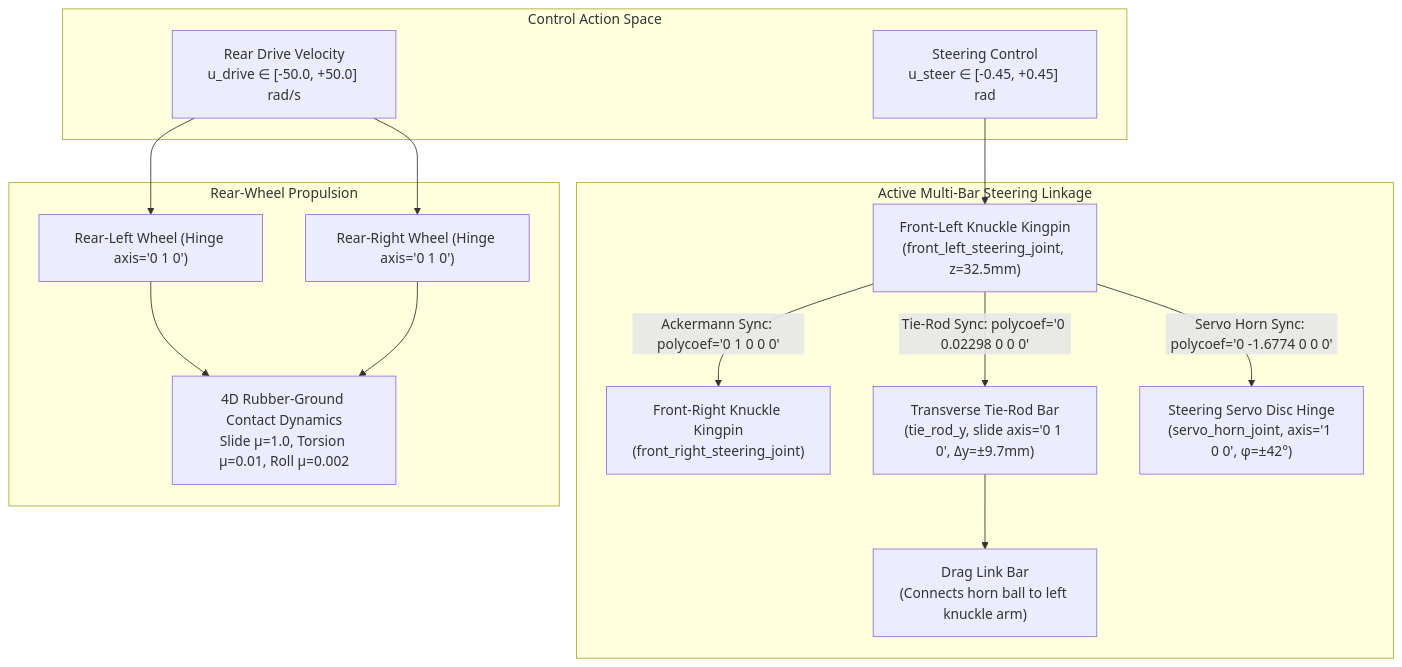
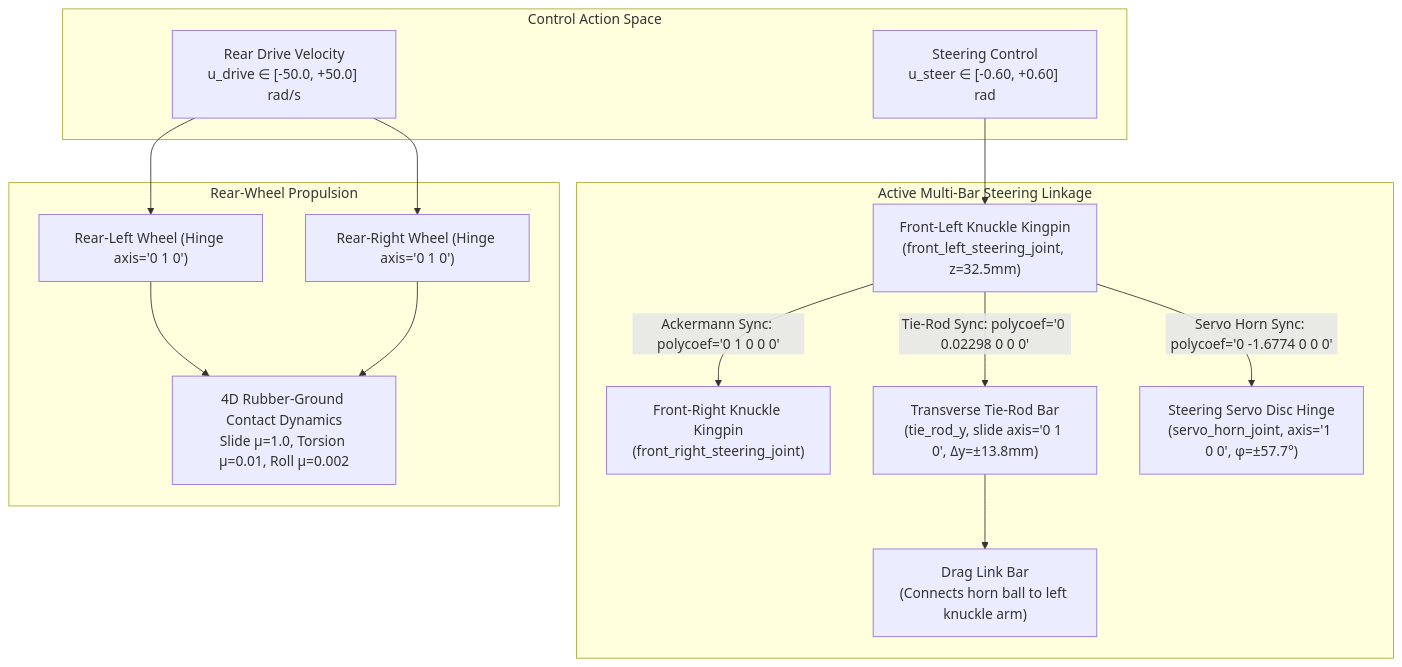
The diagram in README.md (DebatableMiracle/Jetracer-Mujoco-setup), drawn with Mermaid before and after one commit. The commit also changed other lines of this file and 4 other files, not shown here.

````diff
--- a/README.md
+++ b/README.md
@@ -53,22 +53,22 @@
 ```mermaid
 flowchart TD
     subgraph ActionSpace ["Control Action Space"]
-        ActSteer["Steering Control<br/>u_steer ∈ [-0.45, +0.45] rad"]
+        ActSteer["Steering Control<br/>u_steer ∈ [-0.60, +0.60] rad"]
         ActDrive["Rear Drive Velocity<br/>u_drive ∈ [-50.0, +50.0] rad/s"]
     end
 
     subgraph SteeringLinkage ["Active Multi-Bar Steering Linkage"]
         ActSteer --> KingpinL["Front-Left Knuckle Kingpin<br/>(front_left_steering_joint, z=32.5mm)"]
         KingpinL -->|Ackermann Sync: polycoef='0 1 0 0 0'| KingpinR["Front-Right Knuckle Kingpin<br/>(front_right_steering_joint)"]
-        KingpinL -->|Tie-Rod Sync: polycoef='0 0.02298 0 0 0'| TieRod["Transverse Tie-Rod Bar<br/>(tie_rod_y, slide axis='0 1 0', Δy=±9.7mm)"]
-        KingpinL -->|Servo Horn Sync: polycoef='0 -1.6774 0 0 0'| ServoHorn["Steering Servo Disc Hinge<br/>(servo_horn_joint, axis='1 0 0', φ=±42°)"]
+        KingpinL -->|Tie-Rod Sync: polycoef='0 0.02298 0 0 0'| TieRod["Transverse Tie-Rod Bar<br/>(tie_rod_y, slide axis='0 1 0', Δy=±13.8mm)"]
+        KingpinL -->|Servo Horn Sync: polycoef='0 -1.6774 0 0 0'| ServoHorn["Steering Servo Disc Hinge<br/>(servo_horn_joint, axis='1 0 0', φ=±57.7°)"]
         TieRod --> DragLink["Drag Link Bar<br/>(Connects horn ball to left knuckle arm)"]
     end
 
     subgraph RearDrivetrain ["Rear-Wheel Propulsion"]
         ActDrive --> WheelL["Rear-Left Wheel (Hinge axis='0 1 0')"]
         ActDrive --> WheelR["Rear-Right Wheel (Hinge axis='0 1 0')"]
         WheelL --> Tires["4D Rubber-Ground Contact Dynamics<br/>Slide μ=1.0, Torsion μ=0.01, Roll μ=0.002"]
         WheelR --> Tires
     end
 ```
````
